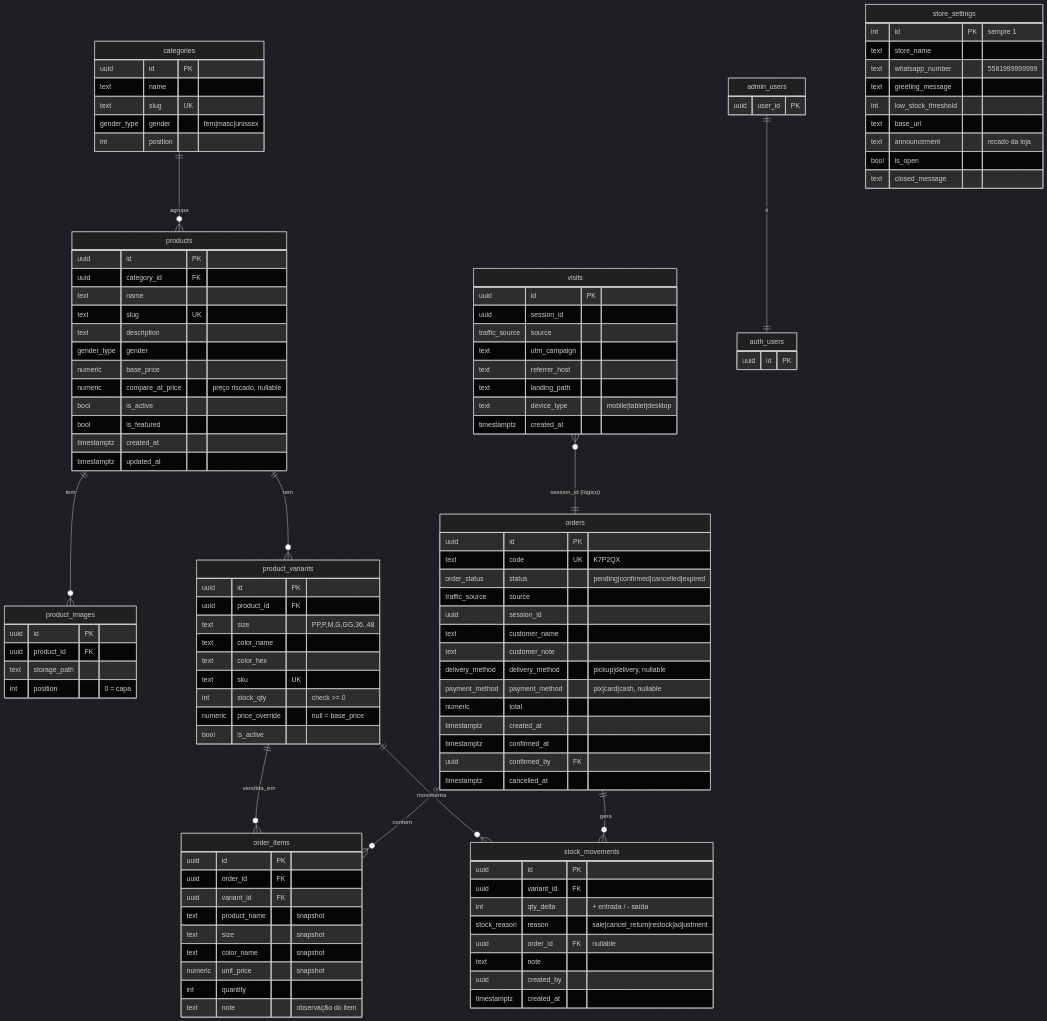
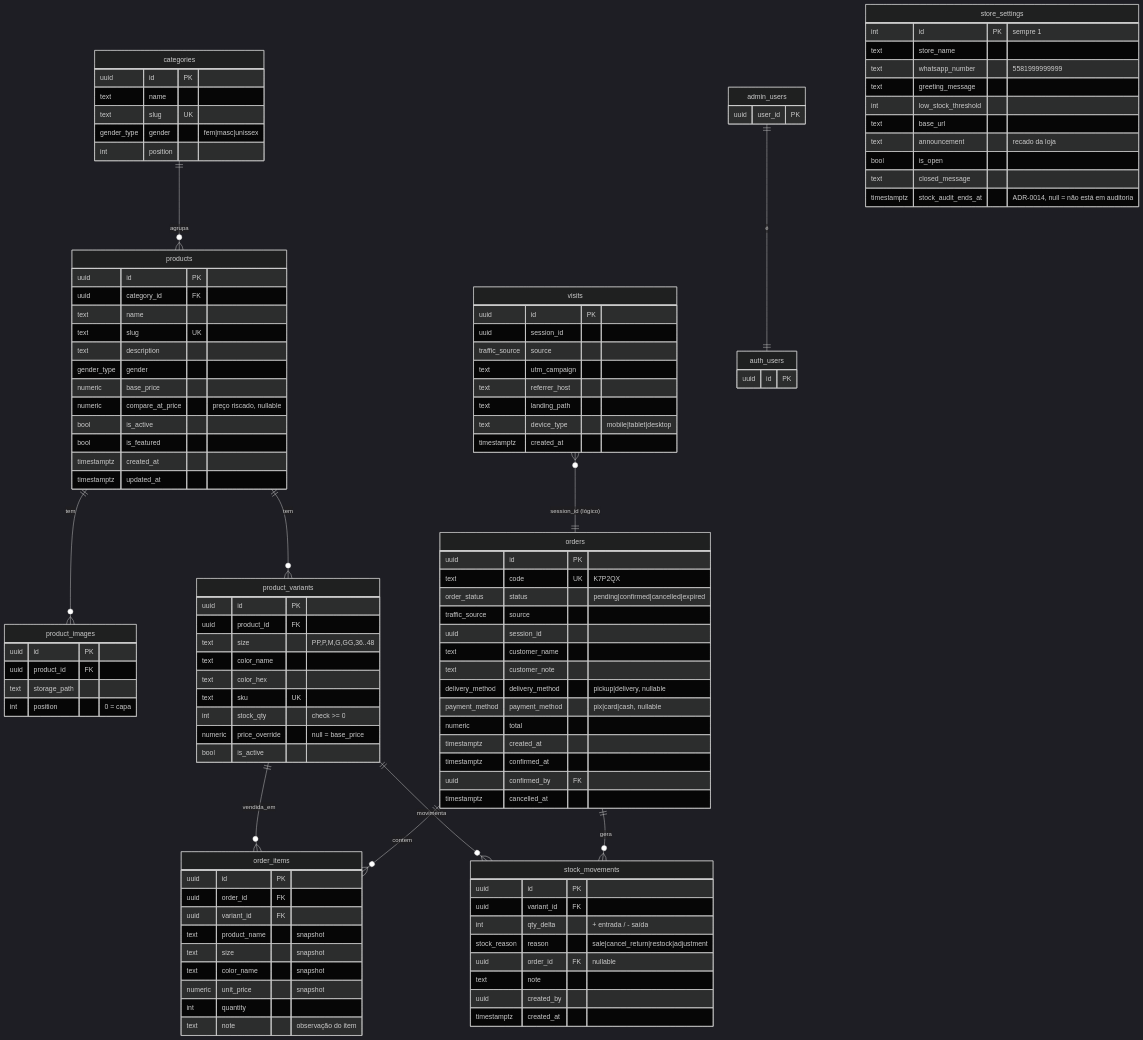
One commit to PimentelDiogo/lojajoyjoy changed the ninth of 12 diagrams in docs/sdd/SDD.md. Above: the diagram before and after it, drawn with Mermaid (dark theme). The commit also changed other lines of this file and 2 other files, not shown here.

First line of the commit message:
docs: ADR-0014 e SDD do modo de auditoria de estoque

```diff
--- a/docs/sdd/SDD.md
+++ b/docs/sdd/SDD.md
@@ -475,6 +476,7 @@
       text announcement "recado da loja"
       bool is_open
       text closed_message
+      timestamptz stock_audit_ends_at "ADR-0014, null = não está em auditoria"
     }
     admin_users {
       uuid user_id PK
```
